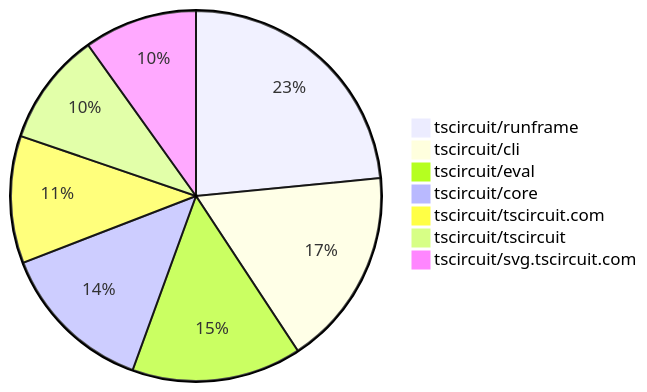
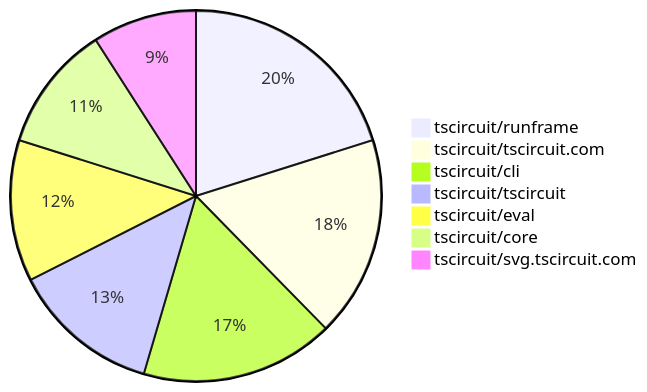
One commit to tscircuit/contribution-tracker changed the second of 2 diagrams in README.md. Above: the diagram before and after it, drawn with Mermaid. The commit also changed other lines of this file and 3 other files, not shown here.

````diff
--- a/README.md
+++ b/README.md
@@ -112,10 +122,10 @@
 ```mermaid
 pie
-    "tscircuit/runframe" : 19
-    "tscircuit/cli" : 14
-    "tscircuit/eval" : 12
-    "tscircuit/core" : 11
-    "tscircuit/tscircuit.com" : 9
-    "tscircuit/tscircuit" : 8
-    "tscircuit/svg.tscircuit.com" : 8
+    "tscircuit/runframe" : 31
+    "tscircuit/tscircuit.com" : 27
+    "tscircuit/cli" : 26
+    "tscircuit/tscircuit" : 20
+    "tscircuit/eval" : 19
+    "tscircuit/core" : 17
+    "tscircuit/svg.tscircuit.com" : 14
 ```
````
